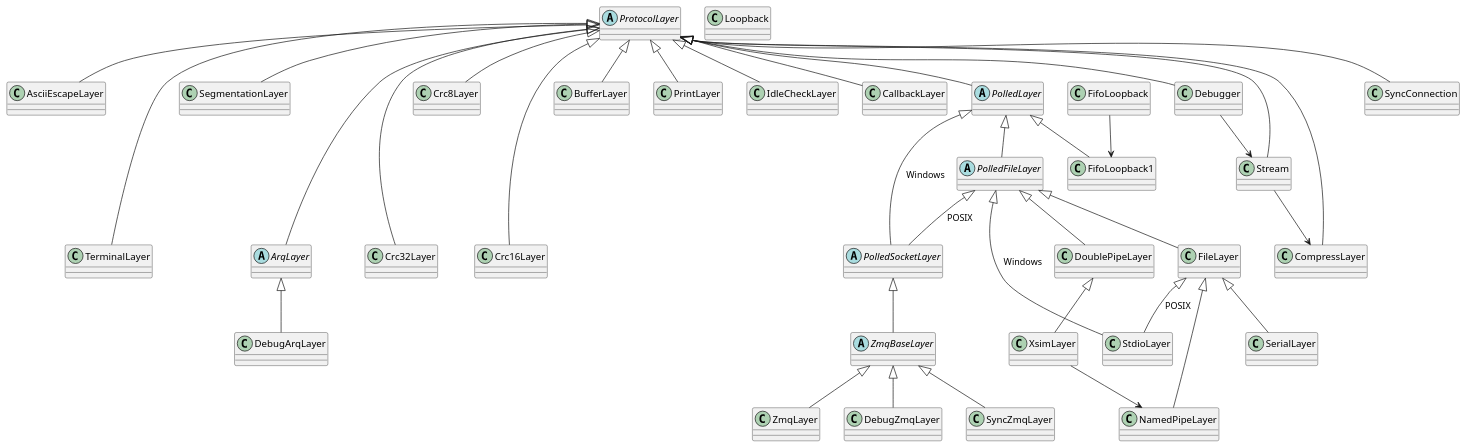
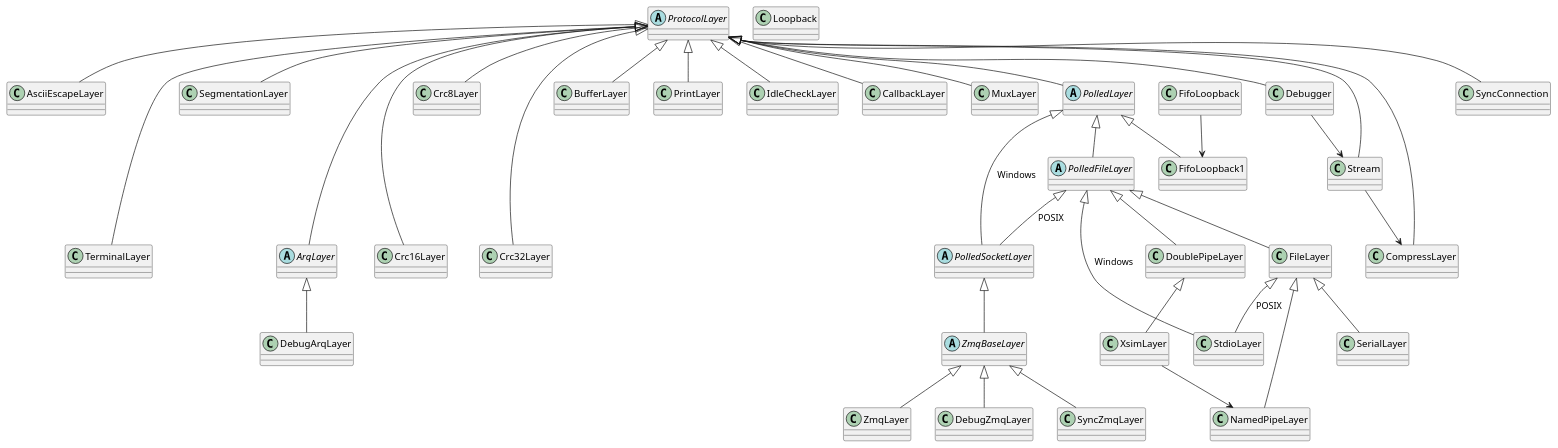
The diagram in sphinx/doc/cpp_protocol.rst (DEMCON/libstored), drawn with PlantUML before and after one commit. The commit also changed other lines of this file and 4 other files, not shown here.

Commit message:
add MuxLayer in C++

```diff
--- a/sphinx/doc/cpp_protocol.rst
+++ b/sphinx/doc/cpp_protocol.rst
@@ -80,54 +80,55 @@
 .. uml::
 
    abstract ProtocolLayer
    ProtocolLayer <|-- AsciiEscapeLayer
    ProtocolLayer <|-- TerminalLayer
    AsciiEscapeLayer -[hidden]--> TerminalLayer
    ProtocolLayer <|-- SegmentationLayer
    ProtocolLayer <|-- Crc8Layer
    ProtocolLayer <|-- Crc16Layer
    ProtocolLayer <|-- Crc32Layer
    Crc8Layer -[hidden]--> Crc16Layer
    Crc8Layer -[hidden]--> Crc32Layer
    ProtocolLayer <|-- BufferLayer
    ProtocolLayer <|-- PrintLayer
    ProtocolLayer <|-- IdleCheckLayer
    ProtocolLayer <|-- CallbackLayer
+   ProtocolLayer <|-- MuxLayer
 
    abstract ArqLayer
    SegmentationLayer -[hidden]--> ArqLayer
    ProtocolLayer <|-- ArqLayer
    ArqLayer <|-- DebugArqLayer
 
    abstract PolledLayer
    abstract PolledFileLayer
    abstract PolledSocketLayer
    ProtocolLayer <|-- PolledLayer
    PolledLayer <|-- PolledFileLayer
    PolledFileLayer <|-- FileLayer
    FileLayer <|-- NamedPipeLayer
    PolledFileLayer <|-- DoublePipeLayer
    DoublePipeLayer <|-- XsimLayer
    XsimLayer --> NamedPipeLayer
    PolledLayer <|-- PolledSocketLayer : Windows
    PolledFileLayer <|-- PolledSocketLayer : POSIX
    PolledFileLayer <|-- StdioLayer : Windows
    FileLayer <|-- StdioLayer : POSIX
    ProtocolLayer <|-- CompressLayer
    PolledLayer <|-- FifoLoopback1
    FileLayer <|-- SerialLayer
 
    ProtocolLayer <|-- Stream
    Debugger --> Stream
    Stream --> CompressLayer
    ProtocolLayer <|-- Debugger
    ProtocolLayer <|-- SyncConnection
 
    abstract ZmqBaseLayer
    PolledSocketLayer <|-- ZmqBaseLayer
    ZmqBaseLayer <|-- DebugZmqLayer
    ZmqBaseLayer <|-- SyncZmqLayer
    ZmqBaseLayer <|-- ZmqLayer
 
    class Loopback
    FifoLoopback --> FifoLoopback1
```
